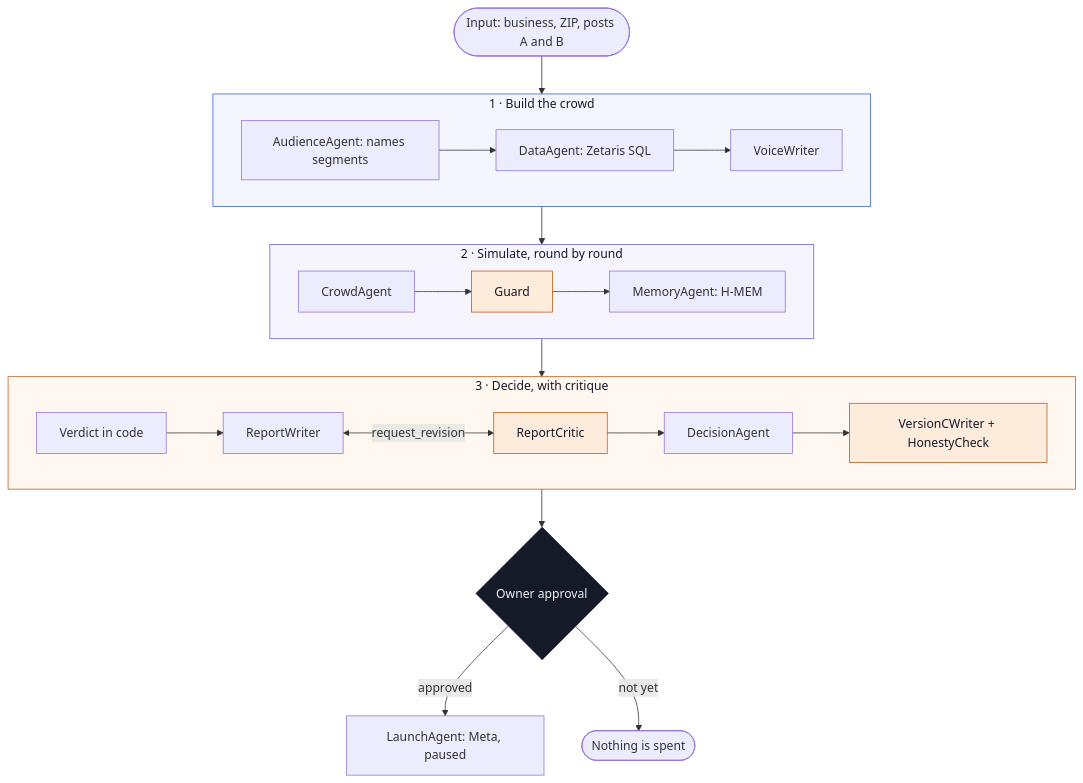
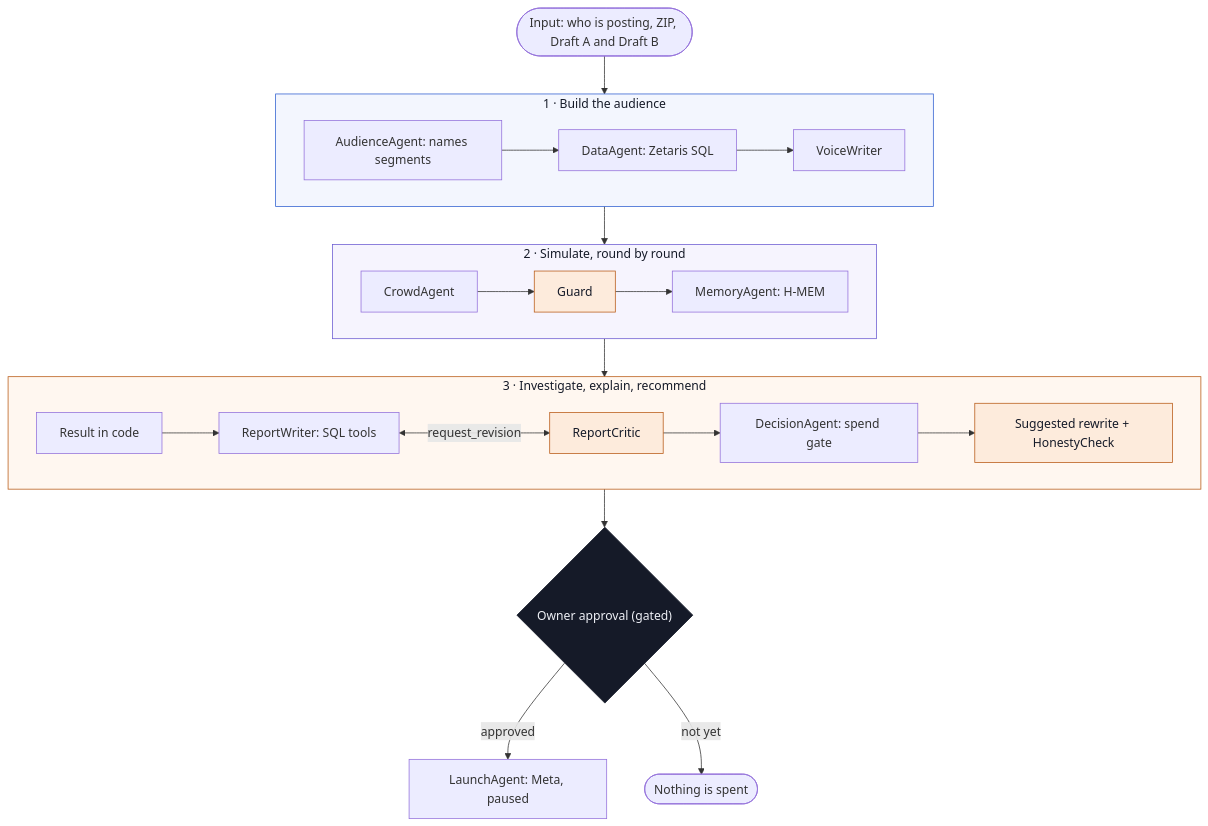
The second of 2 diagrams in README.md (pranayjoshi/GenAI-works-hackathon), drawn with Mermaid before and after one commit. The commit also changed other lines of this file and 29 other files, not shown here.

````diff
--- a/README.md
+++ b/README.md
@@ -203,29 +246,29 @@
 ```mermaid
 flowchart TB
-  IN(["Input: business, ZIP, posts A and B"]) --> BUILD
-  subgraph BUILD["1 · Build the crowd"]
+  IN(["Input: who is posting, ZIP, Draft A and Draft B"]) --> BUILD
+  subgraph BUILD["1 · Build the audience"]
     direction LR
     AUD["AudienceAgent: names segments"] --> DATA["DataAgent: Zetaris SQL"] --> VOI["VoiceWriter"]
   end
   BUILD --> SIM
   subgraph SIM["2 · Simulate, round by round"]
     direction LR
     CA["CrowdAgent"] --> G["Guard"] --> MA["MemoryAgent: H-MEM"]
   end
   SIM --> DECIDE
-  subgraph DECIDE["3 · Decide, with critique"]
+  subgraph DECIDE["3 · Investigate, explain, recommend"]
     direction LR
-    V["Verdict in code"] --> RW["ReportWriter"] <-->|"request_revision"| RC["ReportCritic"] --> DEC["DecisionAgent"] --> VC["VersionCWriter + HonestyCheck"]
+    V["Result in code"] --> RW["ReportWriter: SQL tools"] <-->|"request_revision"| RC["ReportCritic"] --> DEC["DecisionAgent: spend gate"] --> VC["Suggested rewrite + HonestyCheck"]
   end
-  DECIDE --> OWN{"Owner approval"}
+  DECIDE --> OWN{"Owner approval (gated)"}
   OWN -->|"approved"| LA["LaunchAgent: Meta, paused"]
   OWN -->|"not yet"| STOP(["Nothing is spent"])
 
   classDef crit fill:#FDEBDC,stroke:#B85A16,color:#151A28
   classDef gate fill:#151A28,stroke:#151A28,color:#EEF0F6
   class RC,VC,G crit
   class OWN gate
   style BUILD fill:#F3F6FE,stroke:#2F5FD0,color:#151A28
   style SIM fill:#F6F4FE,stroke:#6B5BD2,color:#151A28
   style DECIDE fill:#FFF7F0,stroke:#B85A16,color:#151A28
 ```
````
